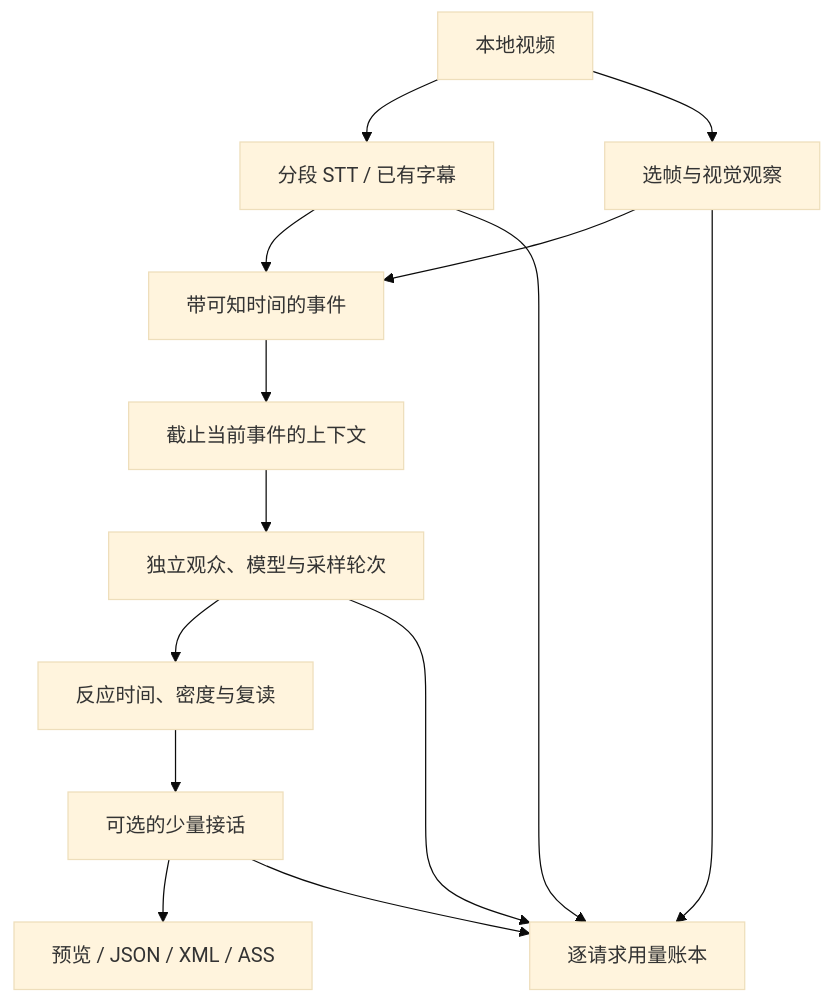
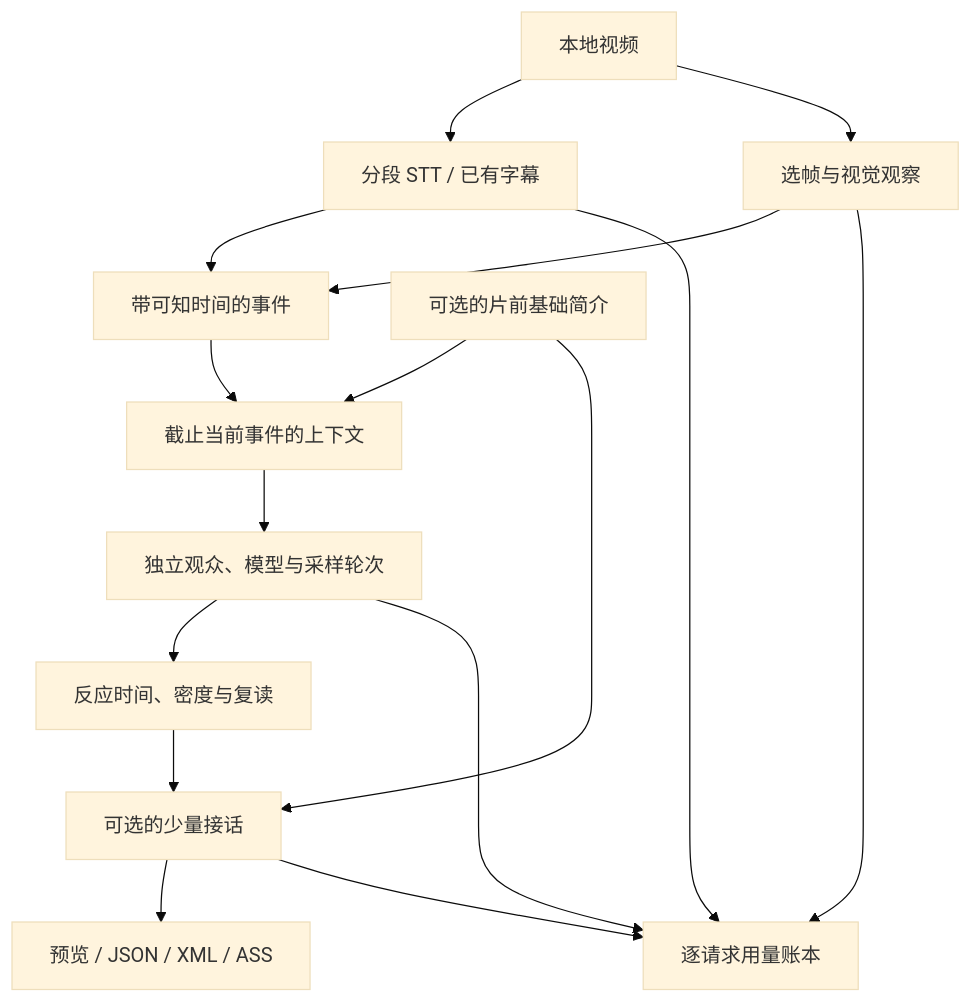
Before and after one commit to AxelHu/danmaku-simulator: the diagram in docs/ARCHITECTURE.md, drawn with Mermaid (base theme). The commit also changed other lines of this file and 7 other files, not shown here.

````diff
--- a/docs/ARCHITECTURE.md
+++ b/docs/ARCHITECTURE.md
@@ -5,16 +5,18 @@
 ```mermaid
 flowchart TD
     V["本地视频"] --> A["分段 STT / 已有字幕"]
     V --> F["选帧与视觉观察"]
     A --> E["带可知时间的事件"]
     F --> E
     E --> C["截止当前事件的上下文"]
+    B["可选的片前基础简介"] --> C
     C --> P["独立观众、模型与采样轮次"]
     P --> S["反应时间、密度与复读"]
     S --> I["可选的少量接话"]
+    B --> I
     I --> O["预览 / JSON / XML / ASS"]
     F --> L["逐请求用量账本"]
     A --> L
     P --> L
     I --> L
 ```
````
